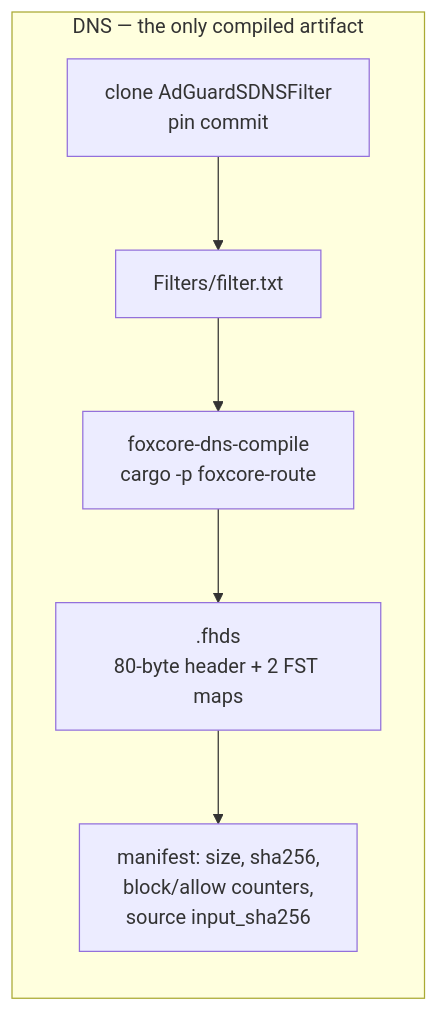
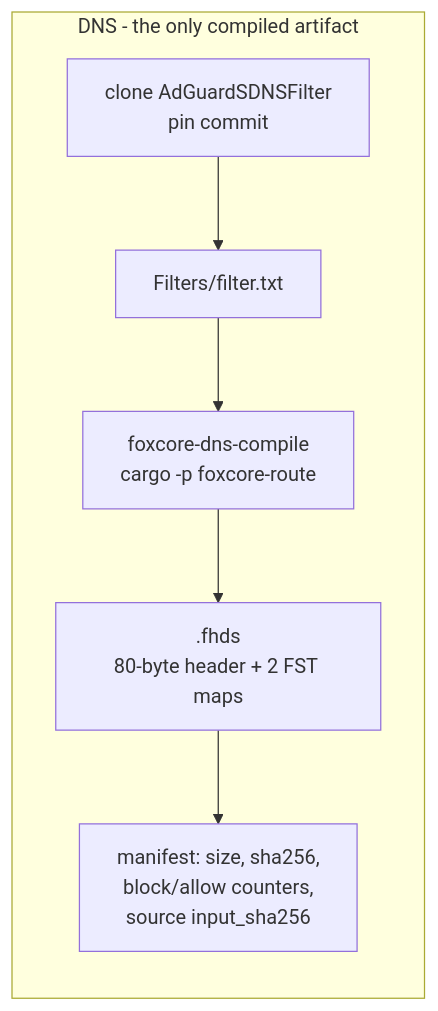
Before and after one commit to foxhole-team/foxhole-core: the second of 6 diagrams in docs/architecture/05-data-repository.md, drawn with Mermaid. The commit also changed other lines of this file and 51 other files, not shown here.

````diff
--- a/docs/architecture/05-data-repository.md
+++ b/docs/architecture/05-data-repository.md
@@ -63,9 +63,9 @@
 ```mermaid
 flowchart LR
-    subgraph dns["DNS — the only compiled artifact"]
+    subgraph dns["DNS - the only compiled artifact"]
         d1["clone AdGuardSDNSFilter<br/>pin commit"] --> d2["Filters/filter.txt"]
         d2 --> d3["foxcore-dns-compile<br/>cargo -p foxcore-route"]
         d3 --> d4[".fhds<br/>80-byte header + 2 FST maps"]
         d4 --> d5["manifest: size, sha256,<br/>block/allow counters,<br/>source input_sha256"]
     end
 ```
````
